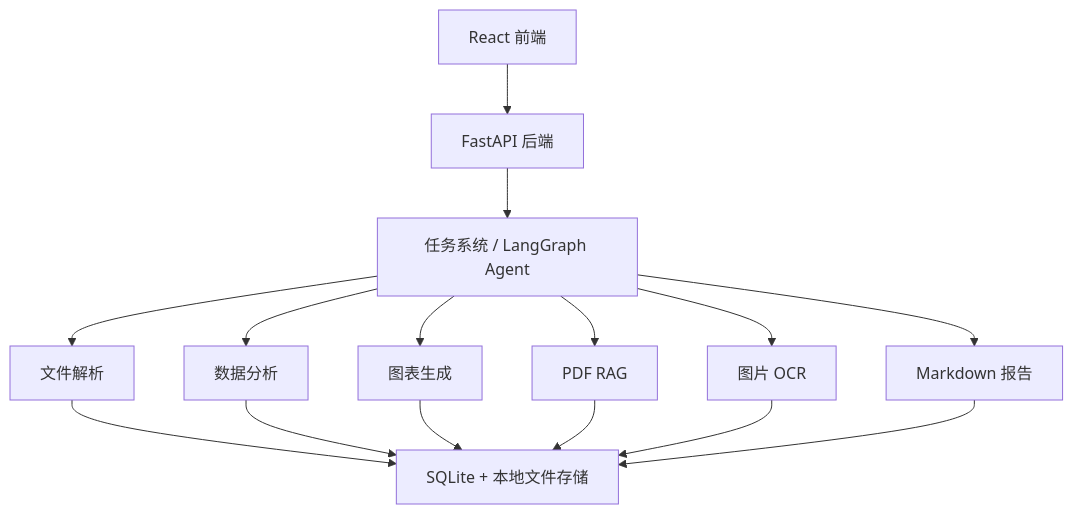
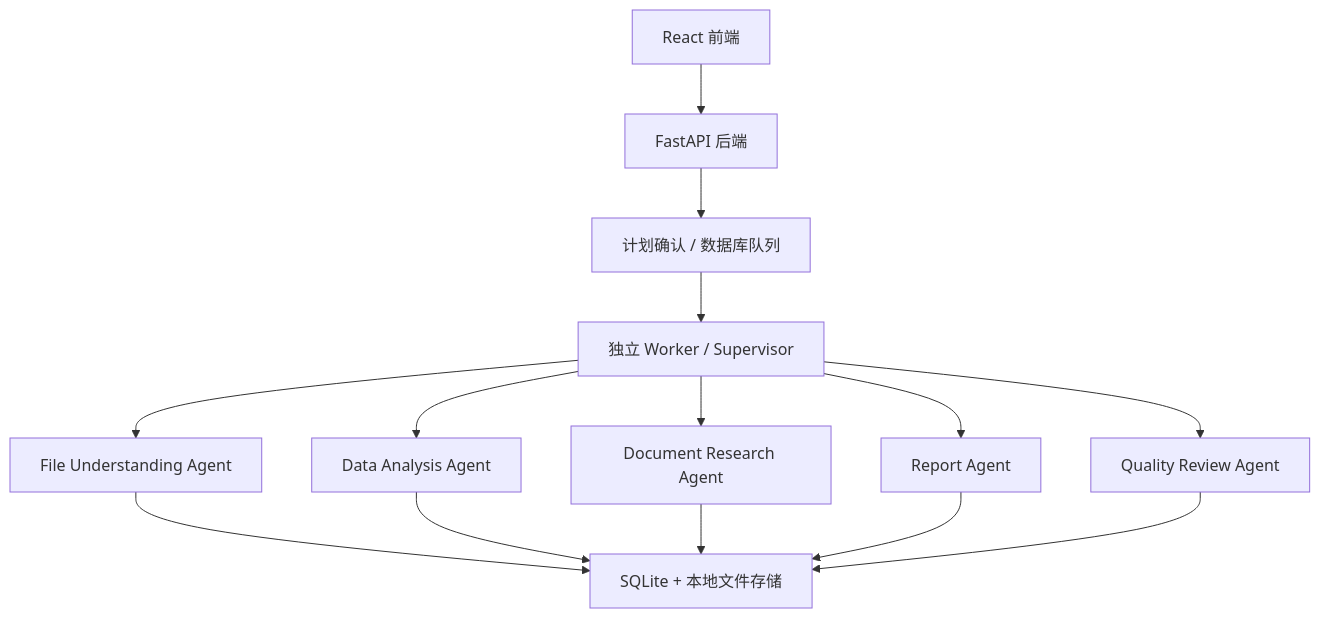
The diagram in README.md (shspic/insightflow-agent), drawn with Mermaid before and after one commit. The commit also changed other lines of this file and 75 other files, not shown here.

````diff
--- a/README.md
+++ b/README.md
@@ -46,17 +59,16 @@
 ```mermaid
 flowchart TD
     A["React 前端"] --> B["FastAPI 后端"]
-    B --> C["任务系统 / LangGraph Agent"]
-    C --> D["文件解析"]
-    C --> E["数据分析"]
-    C --> F["图表生成"]
-    C --> G["PDF RAG"]
-    C --> H["图片 OCR"]
-    C --> I["Markdown 报告"]
+    B --> C["计划确认 / 数据库队列"]
+    C --> W["独立 Worker / Supervisor"]
+    W --> D["File Understanding Agent"]
+    W --> E["Data Analysis Agent"]
+    W --> G["Document Research Agent"]
+    W --> I["Report Agent"]
+    W --> Q["Quality Review Agent"]
     D --> J["SQLite + 本地文件存储"]
     E --> J
-    F --> J
     G --> J
-    H --> J
     I --> J
+    Q --> J
 ```
````
